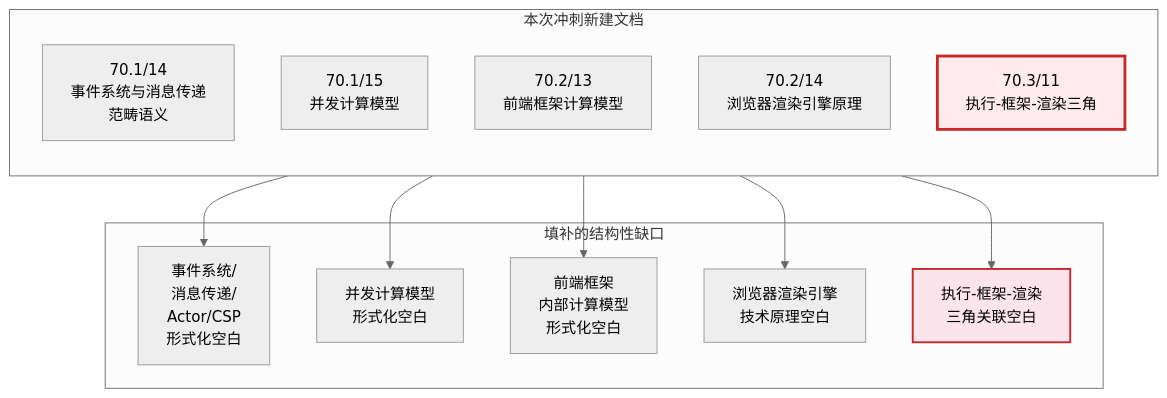
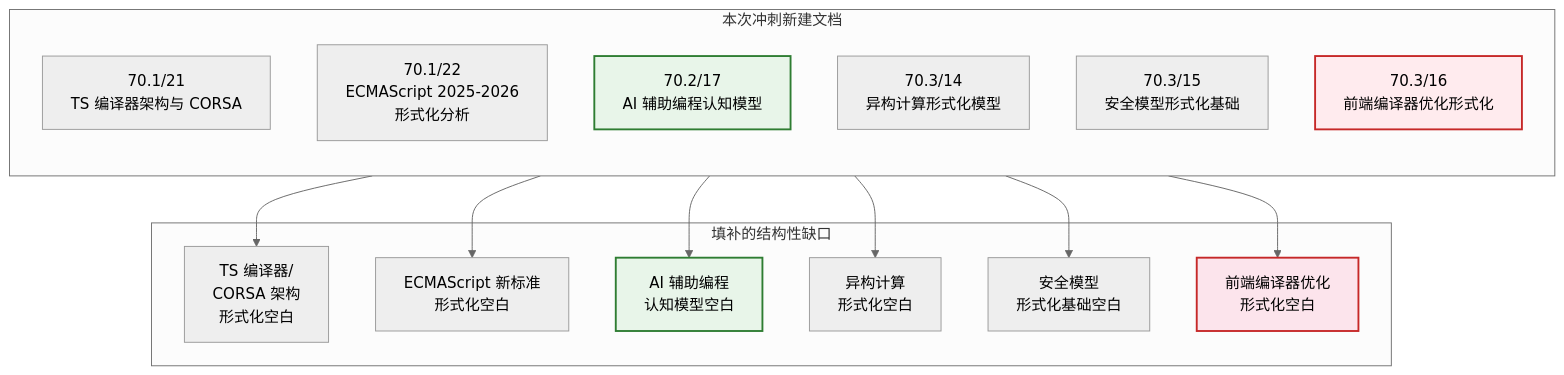
Before and after one commit to AdaMartin18010/JavaScriptTypeScript: the ninth of 9 diagrams in 70-theoretical-foundations/KNOWLEDGE_GRAPH.md, drawn with Mermaid (neutral theme). The commit also changed other lines of this file and 64 other files, not shown here.

````diff
--- a/70-theoretical-foundations/KNOWLEDGE_GRAPH.md
+++ b/70-theoretical-foundations/KNOWLEDGE_GRAPH.md
@@ -239,28 +269,33 @@
 ```mermaid
 graph TB
     subgraph NEW["本次冲刺新建文档"]
         direction TB
-        n1["70.1/14<br/>事件系统与消息传递<br/>范畴语义"]
-        n2["70.1/15<br/>并发计算模型"]
-        n3["70.2/13<br/>前端框架计算模型"]
-        n4["70.2/14<br/>浏览器渲染引擎原理"]
-        n5["70.3/11<br/>执行-框架-渲染三角"]
+        n1["70.1/21<br/>TS 编译器架构与 CORSA"]
+        n2["70.1/22<br/>ECMAScript 2025-2026<br/>形式化分析"]
+        n3["70.2/17<br/>AI 辅助编程认知模型"]
+        n4["70.3/14<br/>异构计算形式化模型"]
+        n5["70.3/15<br/>安全模型形式化基础"]
+        n6["70.3/16<br/>前端编译器优化形式化"]
     end
 
     subgraph GAP["填补的结构性缺口"]
-        g1["事件系统/<br/>消息传递/<br/>Actor/CSP<br/>形式化空白"]
-        g2["并发计算模型<br/>形式化空白"]
-        g3["前端框架<br/>内部计算模型<br/>形式化空白"]
-        g4["浏览器渲染引擎<br/>技术原理空白"]
-        g5["执行-框架-渲染<br/>三角关联空白"]
+        g1["TS 编译器/<br/>CORSA 架构<br/>形式化空白"]
+        g2["ECMAScript 新标准<br/>形式化空白"]
+        g3["AI 辅助编程<br/>认知模型空白"]
+        g4["异构计算<br/>形式化空白"]
+        g5["安全模型<br/>形式化基础空白"]
+        g6["前端编译器优化<br/>形式化空白"]
     end
 
     n1 --> g1
     n2 --> g2
     n3 --> g3
     n4 --> g4
     n5 --> g5
+    n6 --> g6
 
-    style n5 fill:#ffebee,stroke:#c62828,stroke-width:3px
-    style g5 fill:#fce4ec,stroke:#c62828,stroke-width:2px
+    style n3 fill:#e8f5e9,stroke:#2e7d32,stroke-width:2px
+    style n6 fill:#ffebee,stroke:#c62828,stroke-width:2px
+    style g3 fill:#e8f5e9,stroke:#2e7d32,stroke-width:2px
+    style g6 fill:#fce4ec,stroke:#c62828,stroke-width:2px
 ```
````
